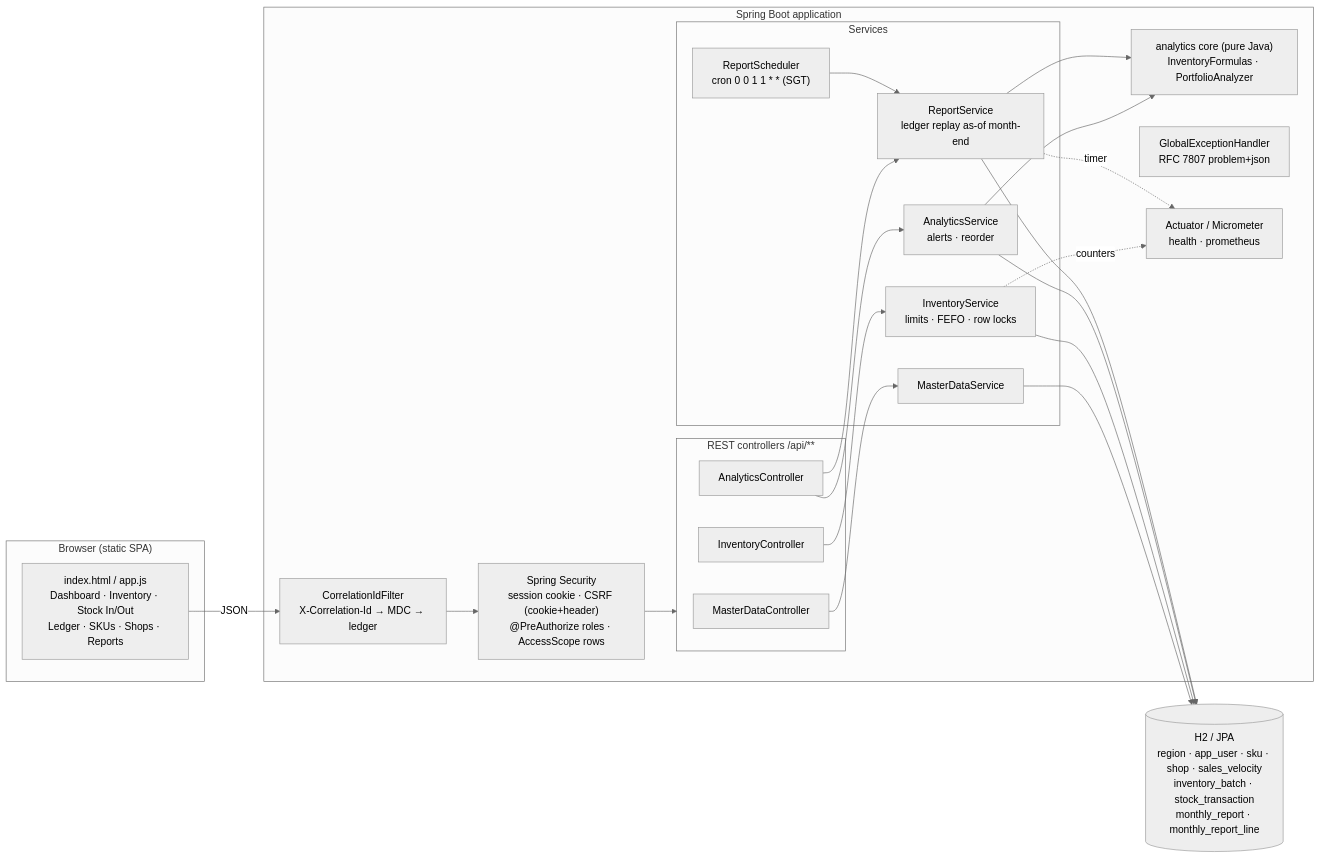
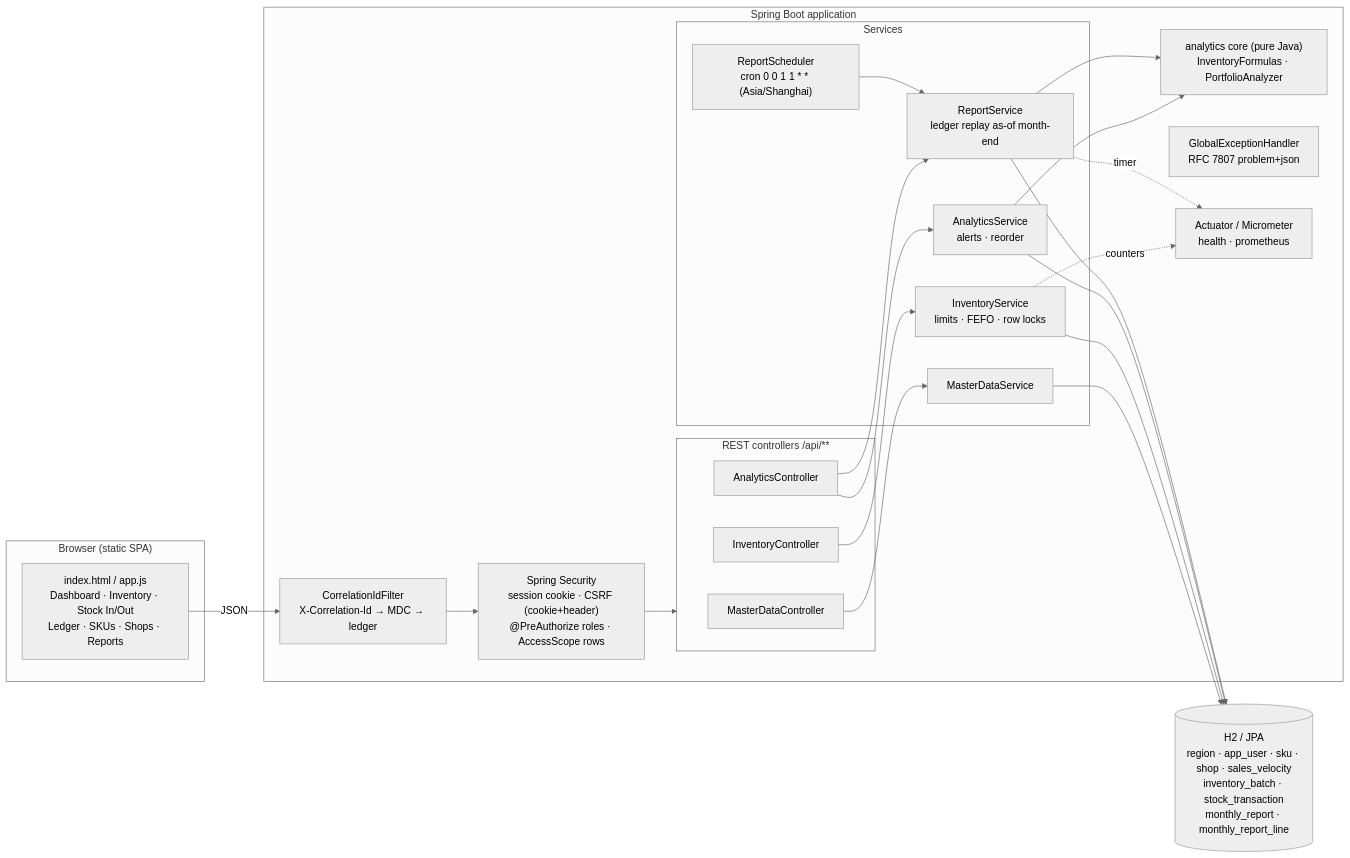
The first of 2 diagrams in README.md (devinong8/Test), drawn with Mermaid (neutral theme) before and after one commit. The commit also changed other lines of this file and 33 other files, not shown here.

````diff
--- a/README.md
+++ b/README.md
@@ -72,38 +92,38 @@
 ```mermaid
 flowchart LR
   subgraph Browser["Browser (static SPA)"]
     UI["index.html / app.js<br/>Dashboard · Inventory · Stock In/Out<br/>Ledger · SKUs · Shops · Reports"]
   end
 
   subgraph Boot["Spring Boot application"]
     F["CorrelationIdFilter<br/>X-Correlation-Id → MDC → ledger"]
     SEC["Spring Security<br/>session cookie · CSRF (cookie+header)<br/>@PreAuthorize roles · AccessScope rows"]
     subgraph Web["REST controllers  /api/**"]
       MC[MasterDataController]
       IC[InventoryController]
       AC[AnalyticsController]
     end
     subgraph Svc["Services"]
       MDS[MasterDataService]
       INV["InventoryService<br/>limits · FEFO · row locks"]
       ANS["AnalyticsService<br/>alerts · reorder"]
       RS["ReportService<br/>ledger replay as-of month-end"]
-      SCH["ReportScheduler<br/>cron 0 0 1 1 * * (SGT)"]
+      SCH["ReportScheduler<br/>cron 0 0 1 1 * * (Asia/Shanghai)"]
     end
     CORE["analytics core (pure Java)<br/>InventoryFormulas · PortfolioAnalyzer"]
     EH["GlobalExceptionHandler<br/>RFC 7807 problem+json"]
     ACT["Actuator / Micrometer<br/>health · prometheus"]
   end
 
   DB[("H2 / JPA<br/>region · app_user · sku · shop · sales_velocity<br/>inventory_batch · stock_transaction<br/>monthly_report · monthly_report_line")]
 
   UI -->|JSON| F --> SEC --> Web
   MC --> MDS
   IC --> INV
   AC --> ANS & RS
   SCH --> RS
   ANS & RS --> CORE
   MDS & INV & ANS & RS --> DB
   INV -. counters .-> ACT
   RS -. timer .-> ACT
 ```
````
